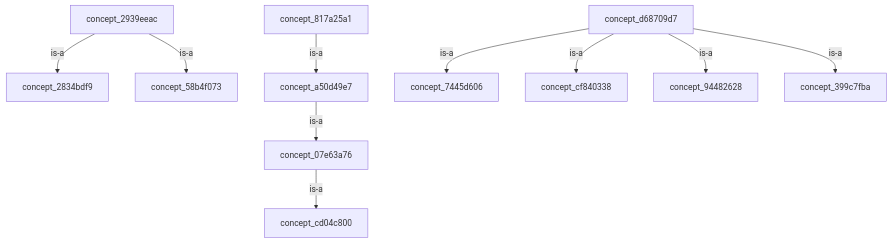
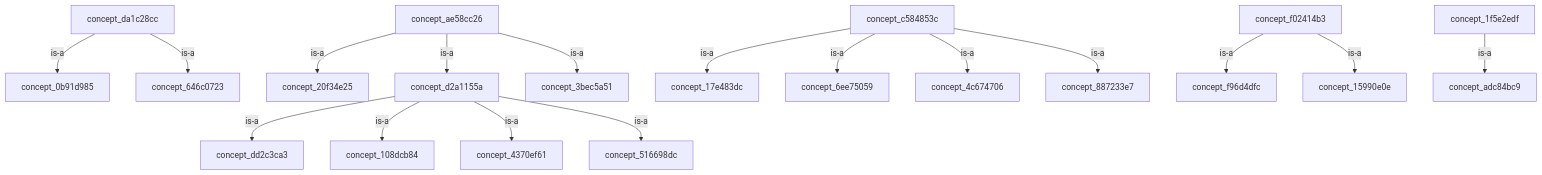
The diagram in output/stage3_visualization.md (whyseu/OntologyAutoGen_HW), drawn with Mermaid before and after one commit. The commit also changed 97 other files, not shown here.

````diff
--- a/output/stage3_visualization.md
+++ b/output/stage3_visualization.md
@@ -3,12 +3,19 @@
 ```mermaid
 graph TD
-    concept_2939eeac -->|is-a| concept_2834bdf9
-    concept_2939eeac -->|is-a| concept_58b4f073
-    concept_817a25a1 -->|is-a| concept_a50d49e7
-    concept_a50d49e7 -->|is-a| concept_07e63a76
-    concept_d68709d7 -->|is-a| concept_7445d606
-    concept_d68709d7 -->|is-a| concept_cf840338
-    concept_d68709d7 -->|is-a| concept_94482628
-    concept_d68709d7 -->|is-a| concept_399c7fba
-    concept_07e63a76 -->|is-a| concept_cd04c800
+    concept_da1c28cc -->|is-a| concept_0b91d985
+    concept_da1c28cc -->|is-a| concept_646c0723
+    concept_ae58cc26 -->|is-a| concept_20f34e25
+    concept_ae58cc26 -->|is-a| concept_d2a1155a
+    concept_ae58cc26 -->|is-a| concept_3bec5a51
+    concept_c584853c -->|is-a| concept_17e483dc
+    concept_c584853c -->|is-a| concept_6ee75059
+    concept_c584853c -->|is-a| concept_4c674706
+    concept_c584853c -->|is-a| concept_887233e7
+    concept_f02414b3 -->|is-a| concept_f96d4dfc
+    concept_f02414b3 -->|is-a| concept_15990e0e
+    concept_d2a1155a -->|is-a| concept_dd2c3ca3
+    concept_d2a1155a -->|is-a| concept_108dcb84
+    concept_d2a1155a -->|is-a| concept_4370ef61
+    concept_d2a1155a -->|is-a| concept_516698dc
+    concept_1f5e2edf -->|is-a| concept_adc84bc9
 ```
````
